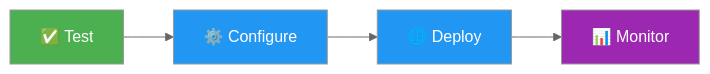
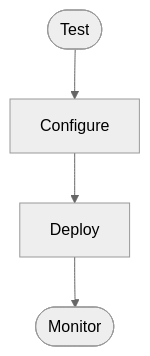
One commit to ultralytics/ultralytics changed the first of 2 diagrams in docs/en/platform/deploy/index.md. Above: the diagram before and after it, drawn with Mermaid (neutral theme). The commit also changed other lines of this file and 20 other files, not shown here.

Commit message:
Migrate docs Mermaid diagrams to the unified design system (#26573)

````diff
--- a/docs/en/platform/deploy/index.md
+++ b/docs/en/platform/deploy/index.md
@@ -48,10 +48,6 @@
 ```mermaid
-graph LR
-    A[✅ Test]:::start --> B[⚙️ Configure]:::proc
-    B --> C[🌐 Deploy]:::proc
-    C --> D[📊 Monitor]:::out
-
-    classDef start fill:#4CAF50,color:#fff
-    classDef proc fill:#2196F3,color:#fff
-    classDef out fill:#9C27B0,color:#fff
+flowchart TD
+    A([Test]) --> B[Configure]
+    B --> C[Deploy]
+    C --> D([Monitor])
 ```
````
